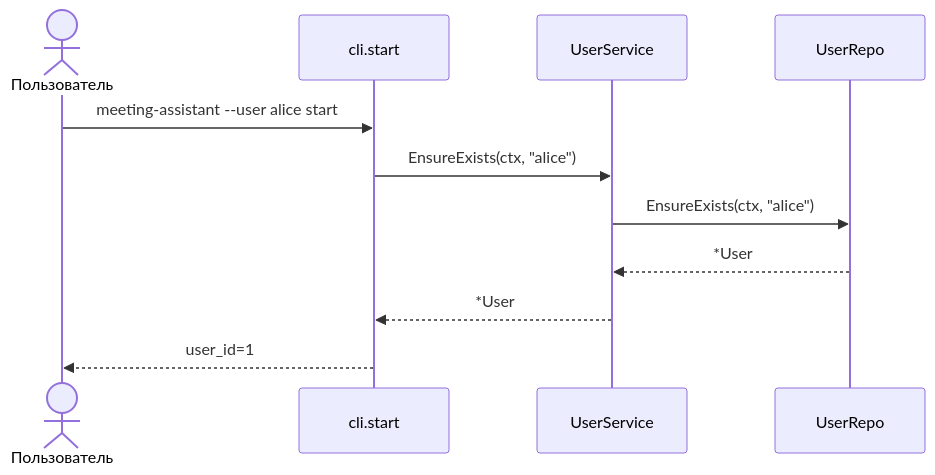
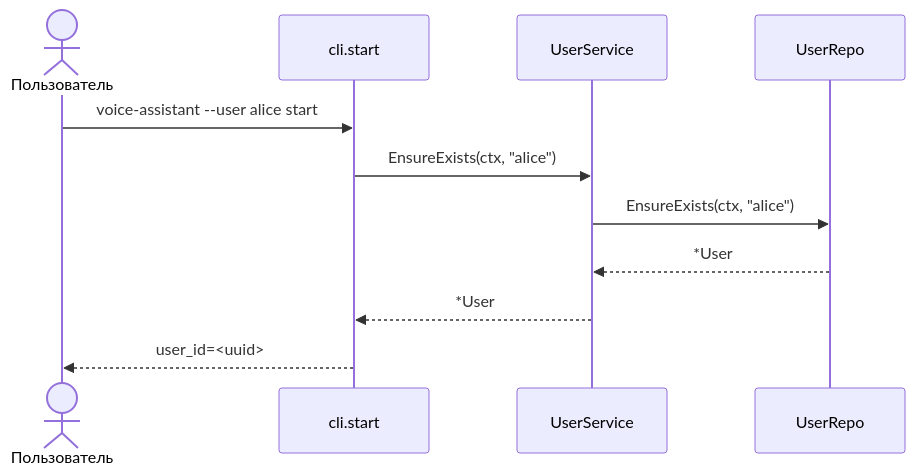
The second of 5 diagrams in docs/ARCHITECTURE.md (AlexeyKurlevsky/voice_assistant), drawn with Mermaid before and after one commit. The commit also changed other lines of this file and 18 other files, not shown here.

````diff
--- a/docs/ARCHITECTURE.md
+++ b/docs/ARCHITECTURE.md
@@ -120,14 +121,14 @@
 ```mermaid
 sequenceDiagram
     actor U as Пользователь
     participant CLI as cli.start
     participant SVC as UserService
     participant R as UserRepo
 
-    U->>CLI: meeting-assistant --user alice start
+    U->>CLI: voice-assistant --user alice start
     CLI->>SVC: EnsureExists(ctx, "alice")
     SVC->>R: EnsureExists(ctx, "alice")
     R-->>SVC: *User
     SVC-->>CLI: *User
-    CLI-->>U: user_id=1
+    CLI-->>U: user_id=<uuid>
 ```
````
